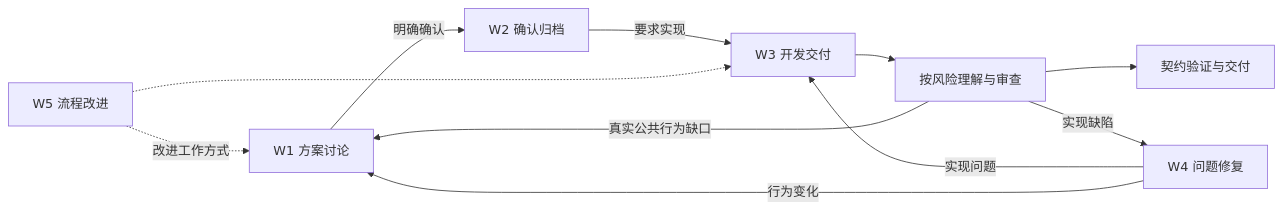
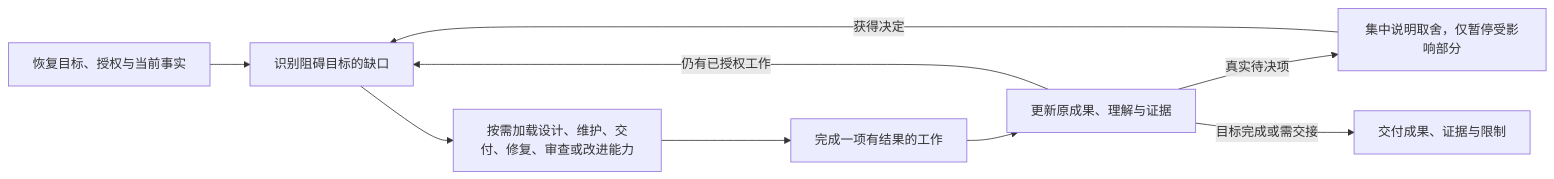
Before and after one commit to linshuohao/app-studio: the diagram in docs/design/workflows.md, drawn with Mermaid. The commit also changed other lines of this file and 1253 other files, not shown here.

````diff
--- a/docs/design/workflows.md
+++ b/docs/design/workflows.md
@@ -205,13 +210,11 @@
 ```mermaid
 flowchart LR
-    W1[W1 方案讨论] -->|明确确认| W2[W2 确认归档]
-    W2 -->|要求实现| W3[W3 开发交付]
-    W4[W4 问题修复] -->|实现问题| W3
-    W4 -->|行为变化| W1
-    W5[W5 流程改进] -.->|改进工作方式| W1
-    W5 -.-> W3
-    W3 --> R[按风险理解与审查]
-    R --> V[契约验证与交付]
-    R -->|实现缺陷| W4
-    R -->|真实公共行为缺口| W1
+    F[恢复目标、授权与当前事实] --> G[识别阻碍目标的缺口]
+    G --> C[按需加载设计、维护、交付、修复、审查或改进能力]
+    C --> W[完成一项有结果的工作]
+    W --> E[更新原成果、理解与证据]
+    E -->|仍有已授权工作| G
+    E -->|真实待决项| U[集中说明取舍，仅暂停受影响部分]
+    U -->|获得决定| G
+    E -->|目标完成或需交接| D[交付成果、证据与限制]
 ```
````
